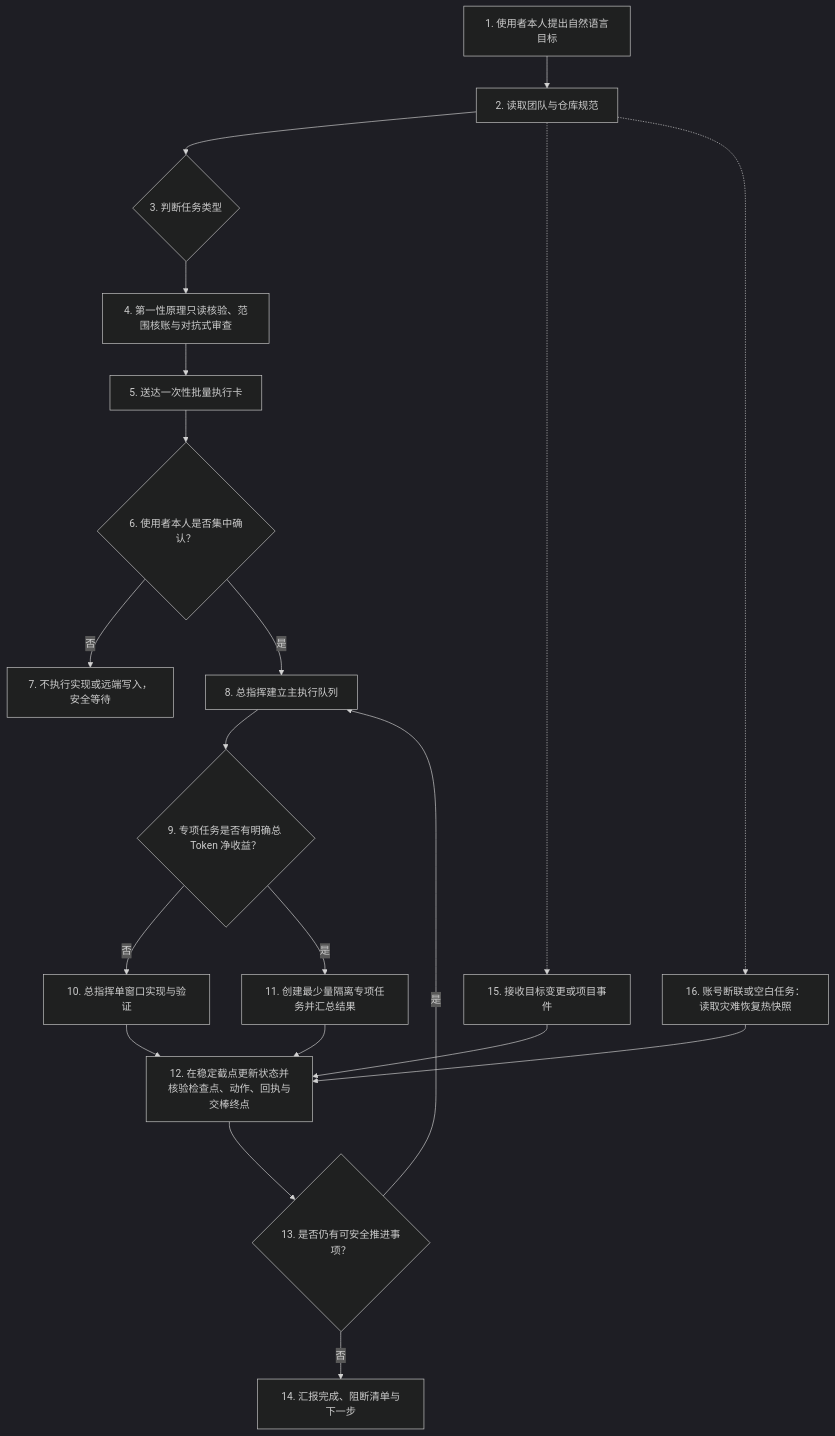
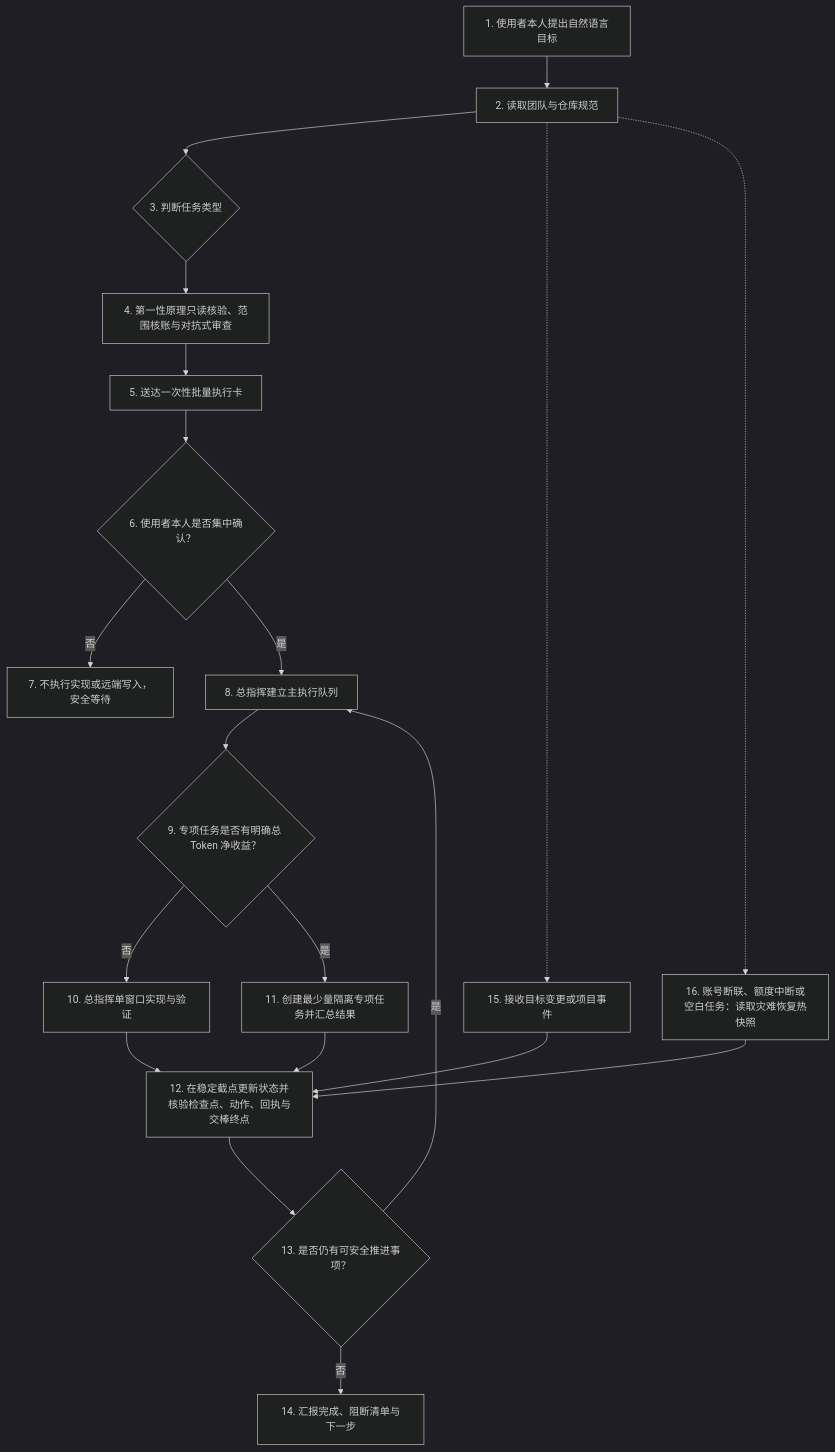
One commit to RongNianXin/codex-workflows changed the diagram in 总指挥工作流/第二代总指挥的工作模式/00-第二代工作流总览.md. Above: the diagram before and after it, drawn with Mermaid (dark theme). The commit also changed other lines of this file and 8 other files, not shown here.

````diff
--- a/总指挥工作流/第二代总指挥的工作模式/00-第二代工作流总览.md
+++ b/总指挥工作流/第二代总指挥的工作模式/00-第二代工作流总览.md
@@ -27,23 +27,23 @@
 ```mermaid
 flowchart TD
     _01["1. 使用者本人提出自然语言目标"] --> _02["2. 读取团队与仓库规范"]
     _02 --> _03{"3. 判断任务类型"}
     _03 --> _04["4. 第一性原理只读核验、范围核账与对抗式审查"]
     _04 --> _05["5. 送达一次性批量执行卡"]
     _05 --> _06{"6. 使用者本人是否集中确认？"}
     _06 -->|否| _07["7. 不执行实现或远端写入，安全等待"]
     _06 -->|是| _08["8. 总指挥建立主执行队列"]
     _08 --> _09{"9. 专项任务是否有明确总 Token 净收益？"}
     _09 -->|否| _10["10. 总指挥单窗口实现与验证"]
     _09 -->|是| _11["11. 创建最少量隔离专项任务并汇总结果"]
     _10 --> _12
     _11 --> _12
     _12["12. 在稳定截点更新状态并核验检查点、动作、回执与交棒终点"]
     _12 --> _13{"13. 是否仍有可安全推进事项？"}
     _13 -->|是| _08
     _13 -->|否| _14["14. 汇报完成、阻断清单与下一步"]
     _02 -.-> _15["15. 接收目标变更或项目事件"]
     _15 --> _12
-    _02 -.-> _16["16. 账号断联或空白任务：读取灾难恢复热快照"]
+    _02 -.-> _16["16. 账号断联、额度中断或空白任务：读取灾难恢复热快照"]
     _16 --> _12
 ```
````
